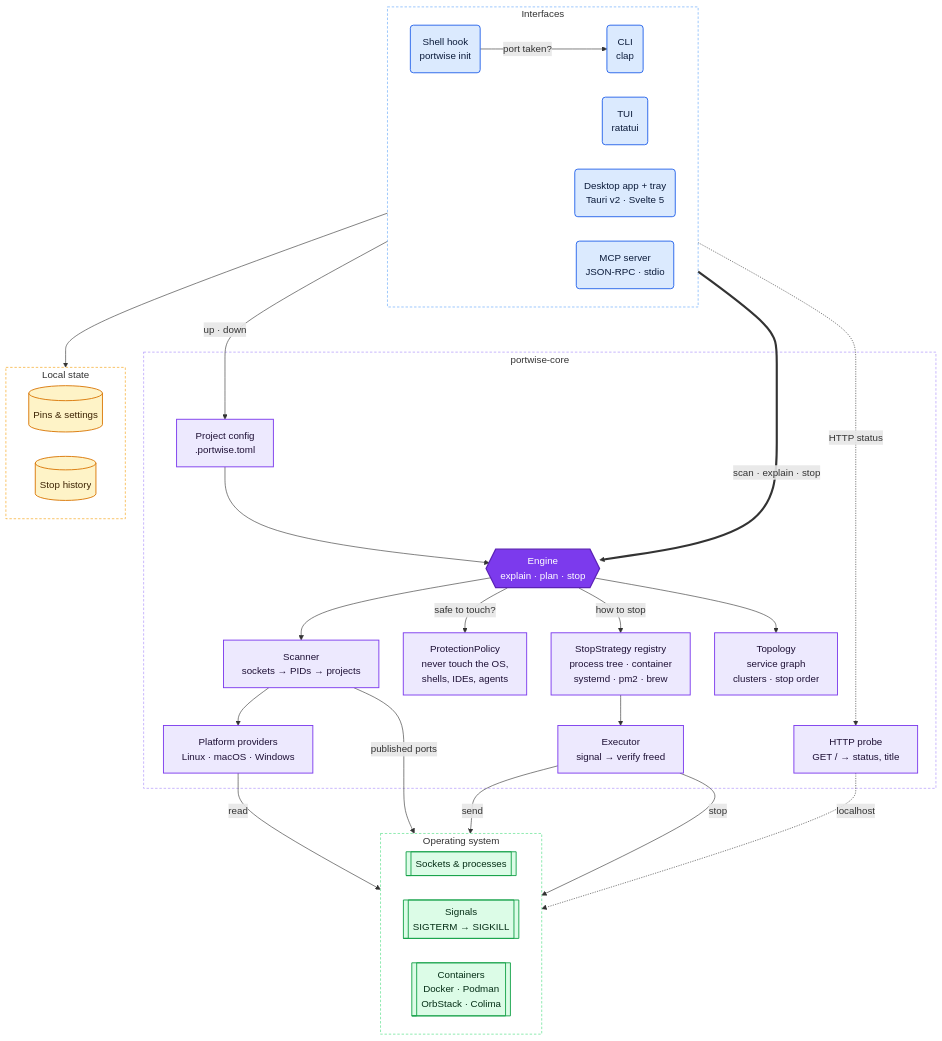
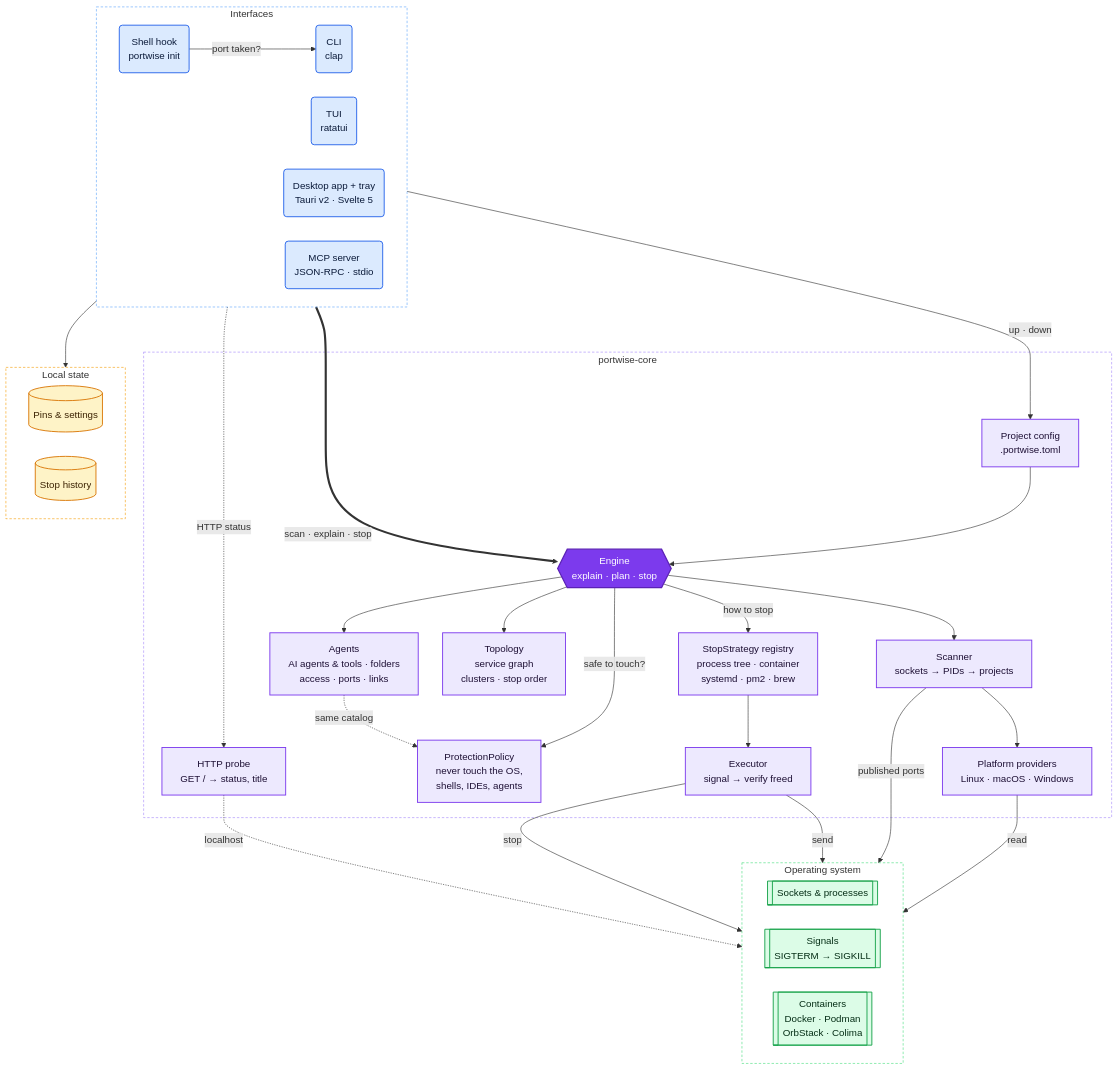
The diagram in README.md (santoshshinde2012/holdmap), drawn with Mermaid before and after one commit. The commit also changed other lines of this file and 51 other files, not shown here.

First line of the commit message:
Full visibility and control for agents, tools and apps (#10)

````diff
--- a/README.md
+++ b/README.md
@@ -220,73 +221,76 @@
 ```mermaid
 %%{init: {"flowchart": {"wrappingWidth": 260, "nodeSpacing": 40, "rankSpacing": 50}}}%%
 flowchart TB
   subgraph IF["Interfaces"]
     direction LR
     HOOK("Shell hook<br/>portwise init")
     CLI("CLI<br/>clap")
     TUI("TUI<br/>ratatui")
     DESK("Desktop app + tray<br/>Tauri v2 · Svelte 5")
     MCP("MCP server<br/>JSON-RPC · stdio")
   end
 
   subgraph CORE["portwise-core"]
     ENG{{"Engine<br/>explain · plan · stop"}}
     SCAN["Scanner<br/>sockets → PIDs → projects"]
     PROV["Platform providers<br/>Linux · macOS · Windows"]
     POL["ProtectionPolicy<br/>never touch the OS,<br/>shells, IDEs, agents"]
     REG["StopStrategy registry<br/>process tree · container<br/>systemd · pm2 · brew"]
     EXEC["Executor<br/>signal → verify freed"]
     TOPO["Topology<br/>service graph<br/>clusters · stop order"]
+    AGT["Agents<br/>AI agents & tools · folders<br/>access · ports · links"]
     HTTP["HTTP probe<br/>GET / → status, title"]
     STACK["Project config<br/>.portwise.toml"]
   end
 
   subgraph OS["Operating system"]
     direction LR
     SOCK[["Sockets & processes"]]
     SIG[["Signals<br/>SIGTERM → SIGKILL"]]
     CTR[["Containers<br/>Docker · Podman<br/>OrbStack · Colima"]]
   end
 
   subgraph ST["Local state"]
     direction LR
     PINS[("Pins & settings")]
     HIST[("Stop history")]
   end
 
   HOOK -->|"port taken?"| CLI
 
   IF ==>|"scan · explain · stop"| ENG
   IF -.->|"HTTP status"| HTTP
   IF --> ST
   CLI -->|"up · down"| STACK
   STACK --> ENG
 
   ENG --> SCAN
   SCAN --> PROV
   ENG -->|"safe to touch?"| POL
   ENG -->|"how to stop"| REG
   ENG --> TOPO
+  ENG --> AGT
+  AGT -.->|"same catalog"| POL
   REG --> EXEC
 
   PROV -->|"read"| SOCK
   SCAN -->|"published ports"| CTR
   EXEC -->|"send"| SIG
   EXEC -->|"stop"| CTR
   HTTP -.->|"localhost"| SOCK
 
   classDef iface fill:#dbeafe,stroke:#2563eb,stroke-width:1.5px,color:#0b1b3a
   classDef core fill:#ede9fe,stroke:#7c3aed,stroke-width:1.5px,color:#1e1035
   classDef engine fill:#7c3aed,stroke:#5b21b6,stroke-width:2px,color:#ffffff
   classDef os fill:#dcfce7,stroke:#16a34a,stroke-width:1.5px,color:#052e16
   classDef state fill:#fef3c7,stroke:#d97706,stroke-width:1.5px,color:#3b2203
   class HOOK,CLI,TUI,DESK,MCP iface
-  class SCAN,PROV,POL,REG,EXEC,TOPO,HTTP,STACK core
+  class SCAN,PROV,POL,REG,EXEC,TOPO,AGT,HTTP,STACK core
   class ENG engine
   class SOCK,SIG,CTR os
   class PINS,HIST state
   style IF fill:transparent,stroke:#60a5fa,stroke-dasharray:4 3
   style CORE fill:transparent,stroke:#a78bfa,stroke-dasharray:4 3
   style OS fill:transparent,stroke:#4ade80,stroke-dasharray:4 3
   style ST fill:transparent,stroke:#f59e0b,stroke-dasharray:4 3
 ```
````
